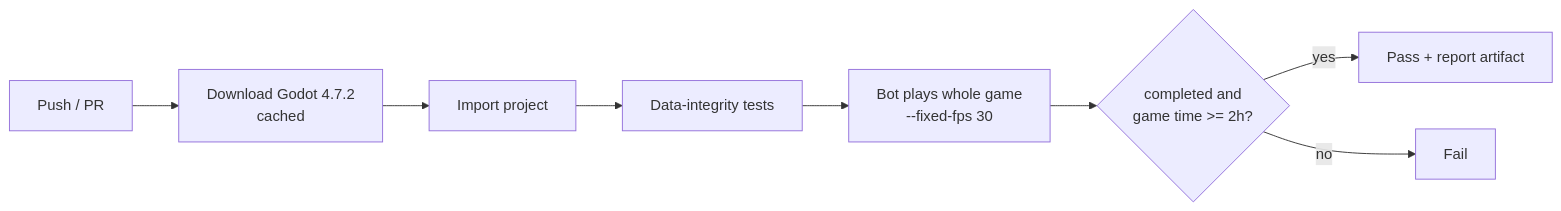
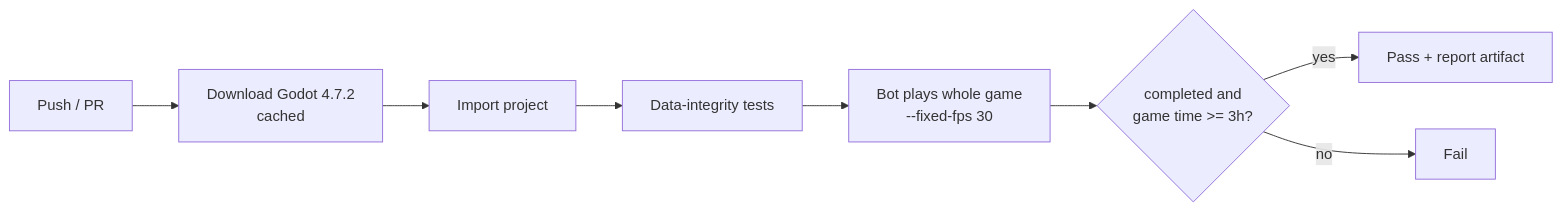
The fifth of 5 diagrams in README.md (jgyy/timegox), drawn with Mermaid before and after one commit. The commit also changed other lines of this file and 32 other files, not shown here.

````diff
--- a/README.md
+++ b/README.md
@@ -149,10 +211,10 @@
 ```mermaid
 flowchart LR
     PR[Push / PR] --> DL[Download Godot 4.7.2<br/>cached]
     DL --> IMP[Import project]
     IMP --> T[Data-integrity tests]
     T --> B[Bot plays whole game<br/>--fixed-fps 30]
-    B --> G{completed and<br/>game time >= 2h?}
+    B --> G{completed and<br/>game time >= 3h?}
     G -- yes --> OK[Pass + report artifact]
     G -- no --> FAIL[Fail]
 ```
````
